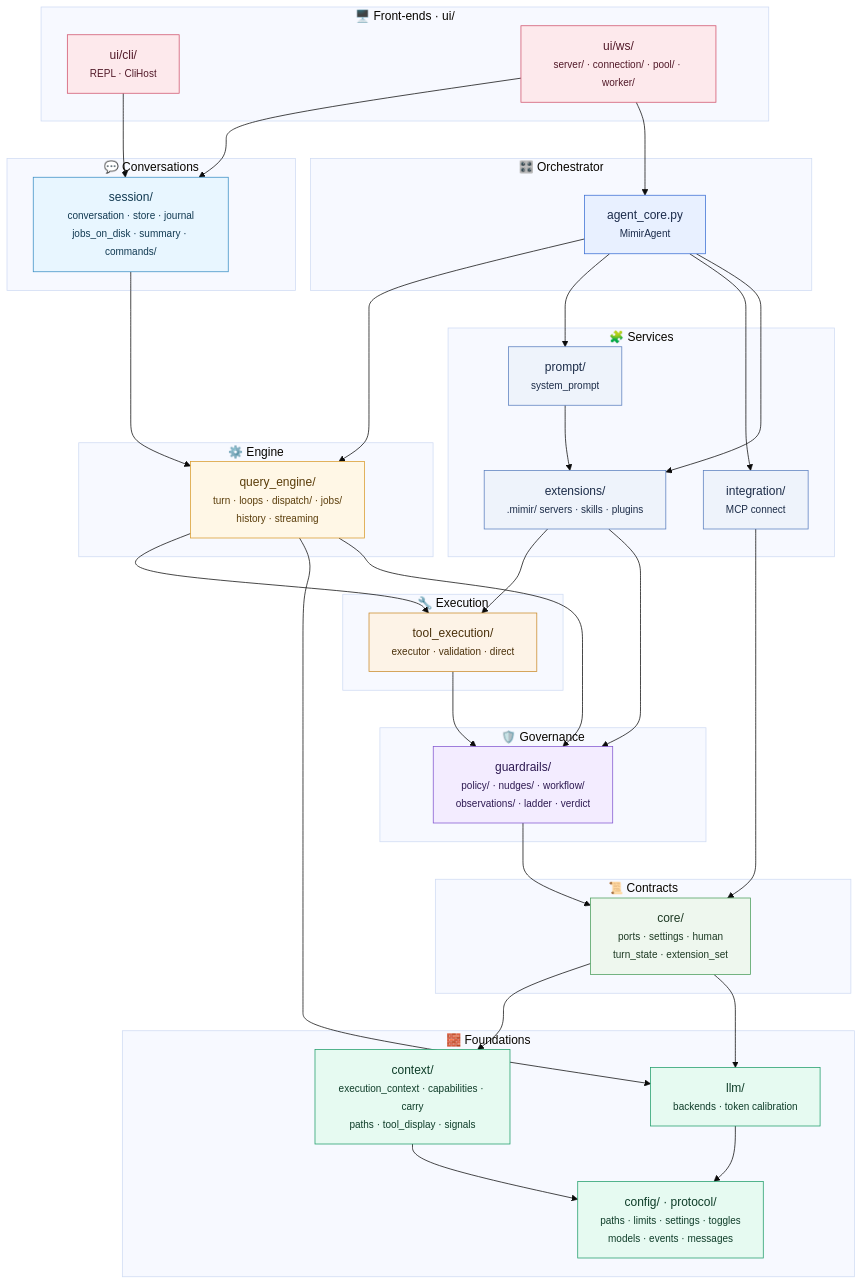
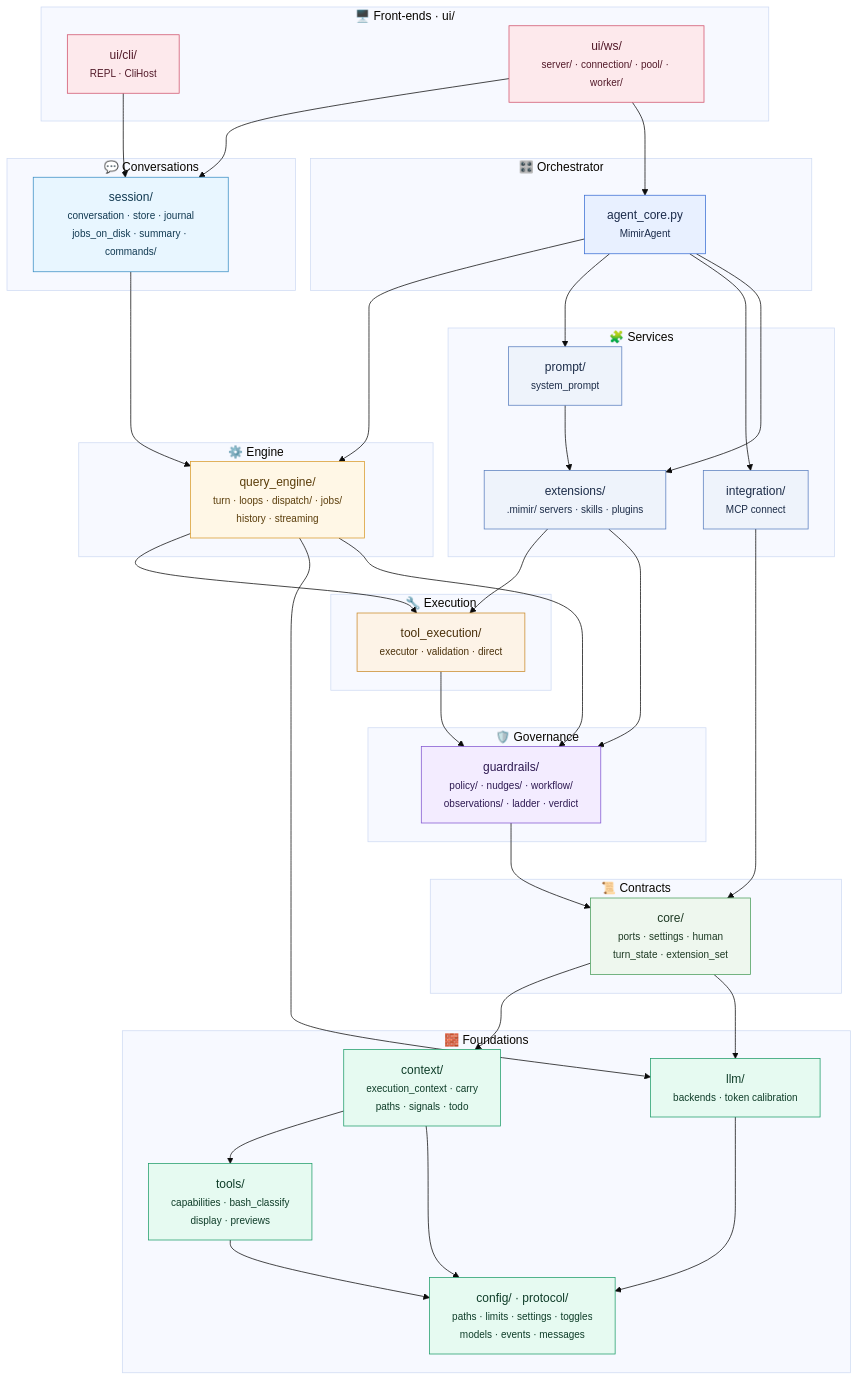
One commit to MIMIR-LLM4CSE/MIMIR changed the diagram in ARCHITECTURE.md. Above: the diagram before and after it, drawn with Mermaid (base theme). The commit also changed other lines of this file and 92 other files, not shown here.

Commit message:
Y2: what the client knows about tools (capabilities, bash classification, display, previews) is one package, tools/

````diff
--- a/ARCHITECTURE.md
+++ b/ARCHITECTURE.md
@@ -15,77 +15,80 @@
 ```mermaid
 graph TD
     subgraph FE["🖥️ Front-ends · ui/"]
         cli["ui/cli/<br/><small>REPL · CliHost</small>"]
         ws["ui/ws/<br/><small>server/ · connection/ · pool/ · worker/</small>"]
     end
     subgraph SES["💬 Conversations"]
         session["session/<br/><small>conversation · store · journal<br/>jobs_on_disk · summary · commands/</small>"]
     end
     subgraph ORCH["🎛️ Orchestrator"]
         agent["agent_core.py<br/><small>MimirAgent</small>"]
     end
     subgraph ENG["⚙️ Engine"]
         qe["query_engine/<br/><small>turn · loops · dispatch/ · jobs/<br/>history · streaming</small>"]
     end
     subgraph SVC["🧩 Services"]
         prompt["prompt/<br/><small>system_prompt</small>"]
         ext["extensions/<br/><small>.mimir/ servers · skills · plugins</small>"]
         integ["integration/<br/><small>MCP connect</small>"]
     end
     subgraph EXE["🔧 Execution"]
         te["tool_execution/<br/><small>executor · validation · direct</small>"]
     end
     subgraph GOV["🛡️ Governance"]
         guard["guardrails/<br/><small>policy/ · nudges/ · workflow/<br/>observations/ · ladder · verdict</small>"]
     end
     subgraph CON["📜 Contracts"]
         core["core/<br/><small>ports · settings · human<br/>turn_state · extension_set</small>"]
     end
     subgraph FND["🧱 Foundations"]
-        ctx["context/<br/><small>execution_context · capabilities · carry<br/>paths · tool_display · signals</small>"]
+        ctx["context/<br/><small>execution_context · carry<br/>paths · signals · todo</small>"]
+        tools["tools/<br/><small>capabilities · bash_classify<br/>display · previews</small>"]
         llm["llm/<br/><small>backends · token calibration</small>"]
         cfg["config/ · protocol/<br/><small>paths · limits · settings · toggles<br/>models · events · messages</small>"]
     end
 
     cli --> session
     ws --> session
     ws --> agent
     session --> qe
     agent --> qe
     agent --> prompt
     agent --> integ
     agent --> ext
     prompt --> ext
     qe --> te
     qe --> llm
     qe --> guard
     ext --> te
     ext --> guard
     te --> guard
     guard --> core
     integ --> core
     core --> ctx
     core --> llm
+    ctx --> tools
+    tools --> cfg
     ctx --> cfg
     llm --> cfg
 
     classDef fnd fill:#e6faf1,stroke:#1f9d6a,color:#0f3d29;
     classDef con fill:#eef7ee,stroke:#4a9d5b,color:#1e3a24;
     classDef gov fill:#f3ecff,stroke:#8257d1,color:#2e1a52;
     classDef exe fill:#fdf3e7,stroke:#c98a2b,color:#4a300a;
     classDef svc fill:#eef3fb,stroke:#5a7fbf,color:#1c2c48;
     classDef eng fill:#fff7e6,stroke:#d99a2b,color:#5a3d0a;
     classDef orch fill:#e8f0ff,stroke:#3b6fd4,color:#1a2a4a;
     classDef ses fill:#e8f6ff,stroke:#3a8fc4,color:#123a52;
     classDef fe fill:#fde9ec,stroke:#d1526b,color:#521a29;
 
     class cli,ws fe;
     class session ses;
     class agent orch;
     class qe eng;
     class prompt,ext,integ svc;
     class te exe;
     class guard gov;
     class core con;
-    class ctx,llm,cfg fnd;
+    class ctx,tools,llm,cfg fnd;
 ```
````
